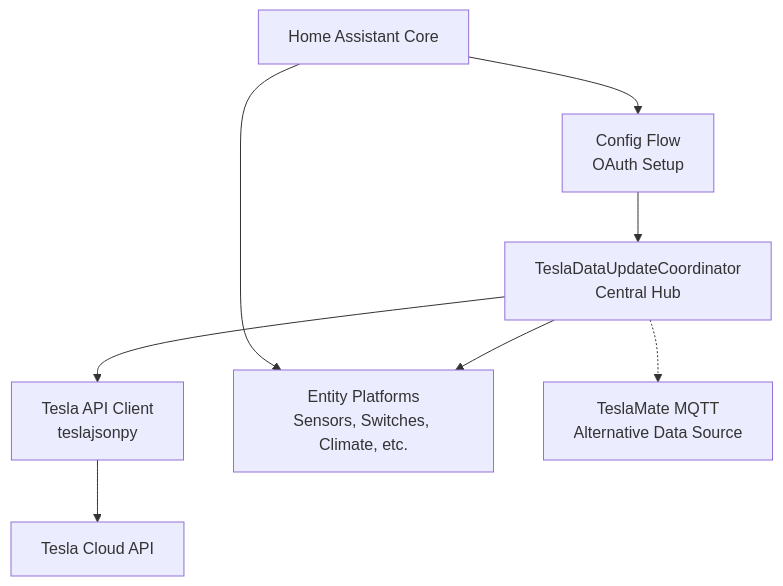
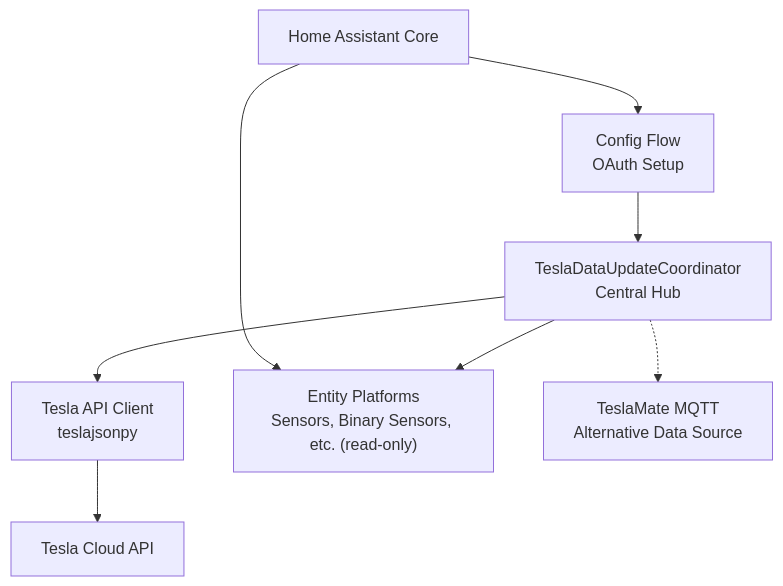
Before and after one commit to grzesiek1711/tesla: the first of 8 diagrams in docs/architecture.md, drawn with Mermaid. The commit also changed other lines of this file and 40 other files, not shown here.

````diff
--- a/docs/architecture.md
+++ b/docs/architecture.md
@@ -7,19 +7,19 @@
 ```mermaid
 graph TB
     HA["Home Assistant Core"]
     CF["Config Flow<br/>OAuth Setup"]
     TDC["TeslaDataUpdateCoordinator<br/>Central Hub"]
     TAC["Tesla API Client<br/>teslajsonpy"]
 
-    Entities["Entity Platforms<br/>Sensors, Switches, Climate, etc."]
+    Entities["Entity Platforms<br/>Sensors, Binary Sensors, etc. (read-only)"]
 
     HA --> CF
     CF --> TDC
     HA --> Entities
     TDC --> Entities
     TDC --> TAC
     TAC --> TeslaCloud["Tesla Cloud API"]
 
     TeslaMate["TeslaMate MQTT<br/>Alternative Data Source"]
     TDC -.-> TeslaMate
 ```
````
